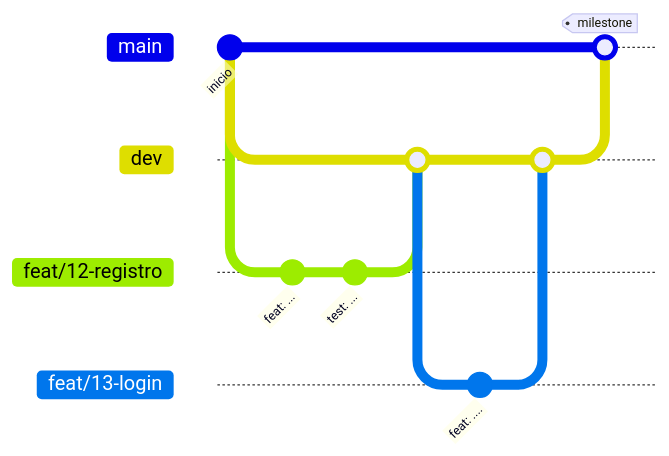
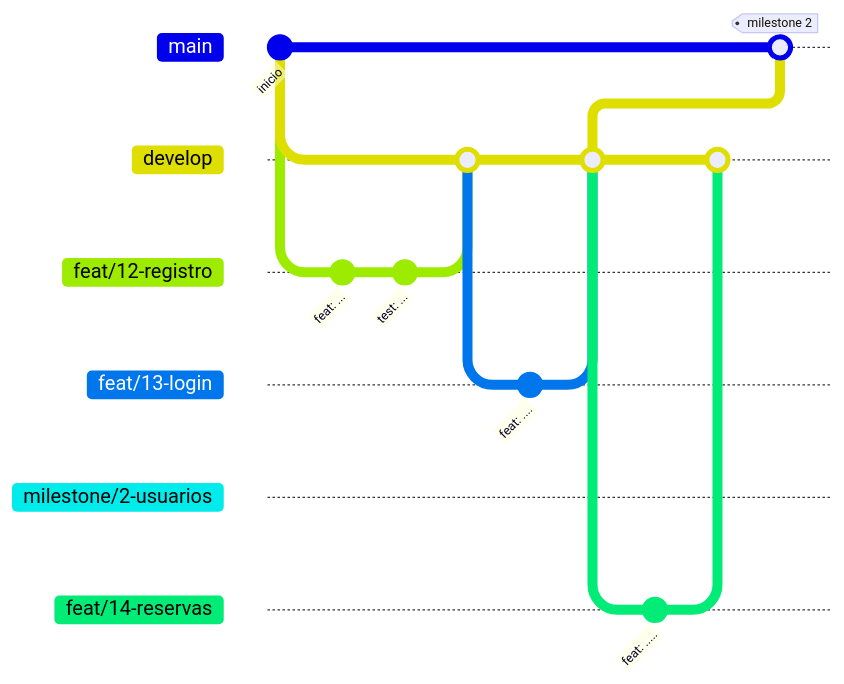
One commit to Martin-Salvatore-ProgII/docs changed the diagram in guia-git.md. Above: the diagram before and after it, drawn with Mermaid. The commit also changed other lines of this file and 3 other files, not shown here.

````diff
--- a/guia-git.md
+++ b/guia-git.md
@@ -13,17 +13,23 @@
 ```mermaid
 gitGraph
     commit id: "inicio"
-    branch dev
-    checkout dev
+    branch develop
+    checkout develop
     branch feat/12-registro
     commit id: "feat: ..."
     commit id: "test: ..."
-    checkout dev
+    checkout develop
     merge feat/12-registro
     branch feat/13-login
     commit id: "feat: ...."
-    checkout dev
+    checkout develop
     merge feat/13-login
+    branch milestone/2-usuarios
+    checkout develop
+    branch feat/14-reservas
+    commit id: "feat: ....."
+    checkout develop
+    merge feat/14-reservas
     checkout main
-    merge dev tag: "milestone"
+    merge milestone/2-usuarios tag: "milestone 2"
 ```
````
